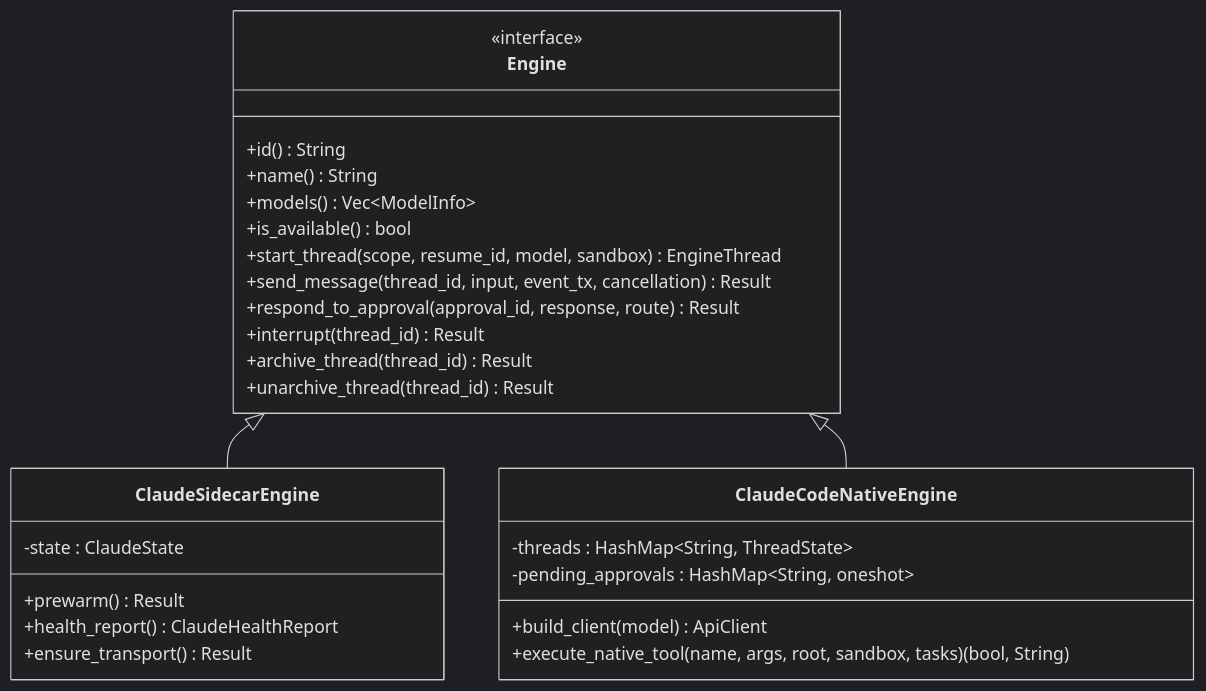
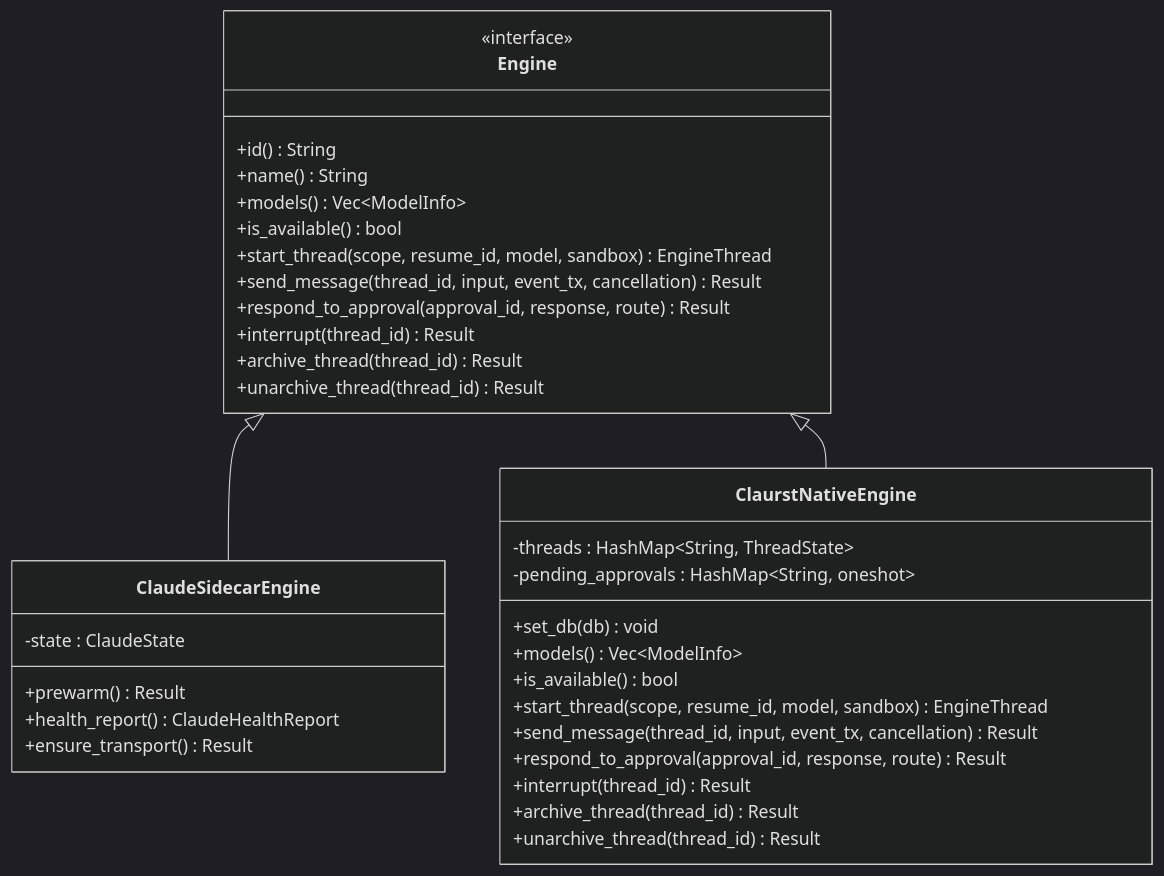
One commit to yattin/panes changed the second of 13 diagrams in .qoder/repowiki/zh/content/AI 引擎管理/Claude 引擎集成.md. Above: the diagram before and after it, drawn with Mermaid (dark theme). The commit also changed other lines of this file and 45 other files, not shown here.

````diff
--- a/.qoder/repowiki/zh/content/AI 引擎管理/Claude 引擎集成.md
+++ b/.qoder/repowiki/zh/content/AI 引擎管理/Claude 引擎集成.md
@@ -83,30 +91,37 @@
 ```mermaid
 classDiagram
 class Engine {
 <<interface>>
 +id() String
 +name() String
 +models() Vec~ModelInfo~
 +is_available() bool
 +start_thread(scope, resume_id, model, sandbox) EngineThread
 +send_message(thread_id, input, event_tx, cancellation) Result
 +respond_to_approval(approval_id, response, route) Result
 +interrupt(thread_id) Result
 +archive_thread(thread_id) Result
 +unarchive_thread(thread_id) Result
 }
 class ClaudeSidecarEngine {
 -state : ClaudeState
 +prewarm() Result
 +health_report() ClaudeHealthReport
 +ensure_transport() Result
 }
-class ClaudeCodeNativeEngine {
+class ClaurstNativeEngine {
 -threads : HashMap~String, ThreadState~
 -pending_approvals : HashMap~String, oneshot~
-+build_client(model) ApiClient
-+execute_native_tool(name, args, root, sandbox, tasks) (bool, String)
++set_db(db) void
++models() Vec~ModelInfo~
++is_available() bool
++start_thread(scope, resume_id, model, sandbox) EngineThread
++send_message(thread_id, input, event_tx, cancellation) Result
++respond_to_approval(approval_id, response, route) Result
++interrupt(thread_id) Result
++archive_thread(thread_id) Result
++unarchive_thread(thread_id) Result
 }
 Engine <|-- ClaudeSidecarEngine
-Engine <|-- ClaudeCodeNativeEngine
+Engine <|-- ClaurstNativeEngine
 ```
````
